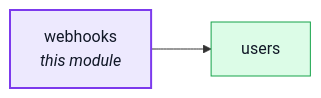
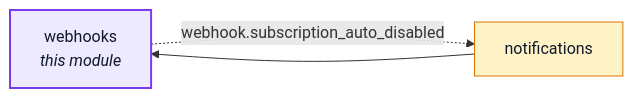
The second of 5 diagrams in docs/modules/webhooks.md (Guebbit/boilerplate-node-backend), drawn with Mermaid before and after one commit. The commit also changed other lines of this file and 60 other files, not shown here.

````diff
--- a/docs/modules/webhooks.md
+++ b/docs/modules/webhooks.md
@@ -58,15 +58,16 @@
 ```mermaid
 %%{init: {'flowchart': {'nodeSpacing': 30, 'rankSpacing': 60}}}%%
 flowchart LR
     webhooks["webhooks<br/><i>this module</i>"]
-    users["users"]
+    notifications["notifications"]
 
-    webhooks --> users
+    notifications --> webhooks
+    webhooks -. "webhook.subscription_auto_disabled" .-> notifications
 
     classDef core fill:#dbeafe,stroke:#2563eb,color:#111827;
     classDef supporting fill:#fef3c7,stroke:#d97706,color:#111827;
     classDef generic fill:#dcfce7,stroke:#16a34a,color:#111827;
     classDef centre fill:#ede9fe,stroke:#7c3aed,stroke-width:2px,color:#111827;
-    class users generic;
+    class notifications supporting;
     class webhooks centre;
 ```
````
